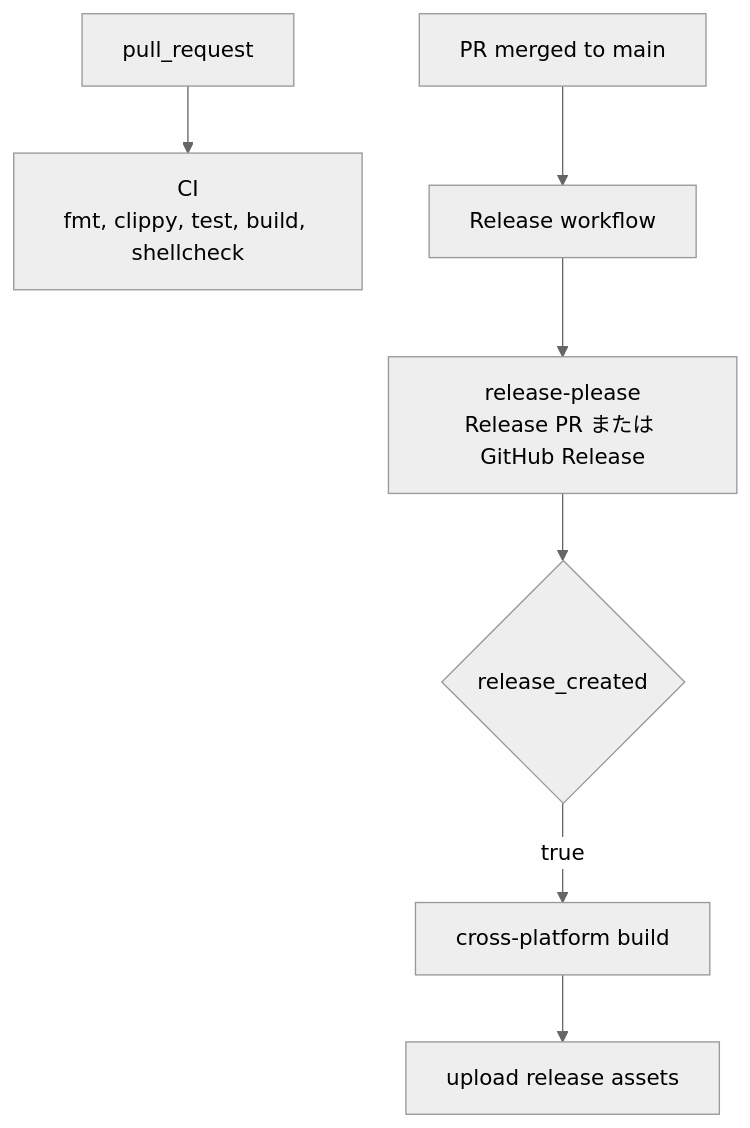
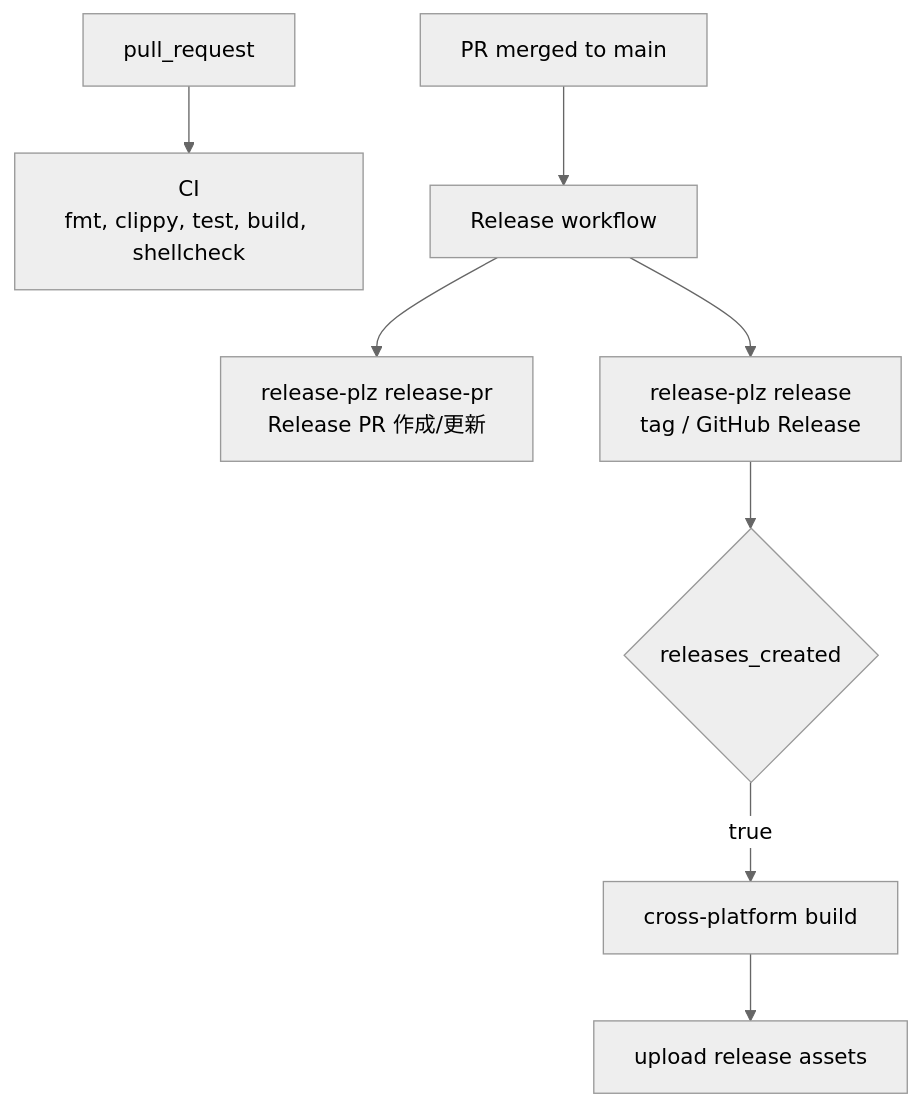
One commit to rurusasu/article-collector changed the diagram in docs/ci-cd/README.md. Above: the diagram before and after it, drawn with Mermaid (neutral theme). The commit also changed other lines of this file and 11 other files, not shown here.

Commit message:
feat: switch releases to release-plz

````diff
--- a/docs/ci-cd/README.md
+++ b/docs/ci-cd/README.md
@@ -10,9 +10,10 @@
 ```mermaid
 graph TB
   pr["pull_request"] --> ci["CI<br/>fmt, clippy, test, build, shellcheck"]
   merge["PR merged to main"] --> release["Release workflow"]
-  release --> rp["release-please<br/>Release PR または GitHub Release"]
-  rp --> created{"release_created"}
+  release --> rp["release-plz release-pr<br/>Release PR 作成/更新"]
+  release --> publish["release-plz release<br/>tag / GitHub Release"]
+  publish --> created{"releases_created"}
   created -->|true| build["cross-platform build"]
   build --> upload["upload release assets"]
 ```
````
